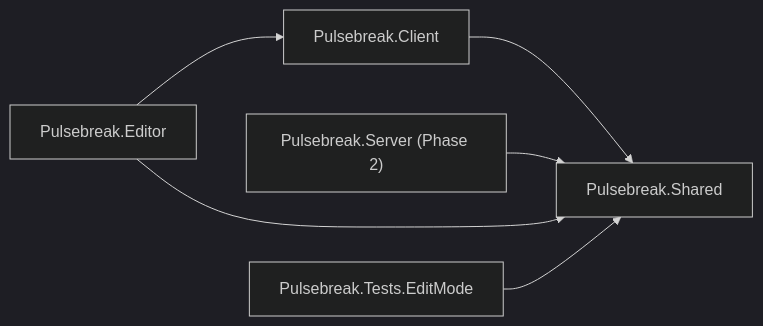
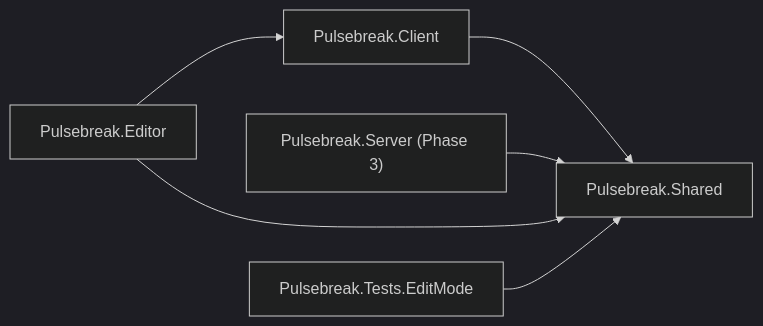
The first of 4 diagrams in pulsebreak/docs/ARCHITECTURE.md (aidenobrad-ctrl/Claude), drawn with Mermaid (dark theme) before and after one commit. The commit also changed other lines of this file and 2 other files, not shown here.

First line of the commit message:
Document the weapon system and reorder the roadmap

````diff
--- a/pulsebreak/docs/ARCHITECTURE.md
+++ b/pulsebreak/docs/ARCHITECTURE.md
@@ -96,8 +97,8 @@
 ```mermaid
 flowchart LR
     Client[Pulsebreak.Client] --> Shared[Pulsebreak.Shared]
-    Server["Pulsebreak.Server (Phase 2)"] --> Shared
+    Server["Pulsebreak.Server (Phase 3)"] --> Shared
     Editor[Pulsebreak.Editor] --> Client
     Editor --> Shared
     Tests[Pulsebreak.Tests.EditMode] --> Shared
 ```
````
